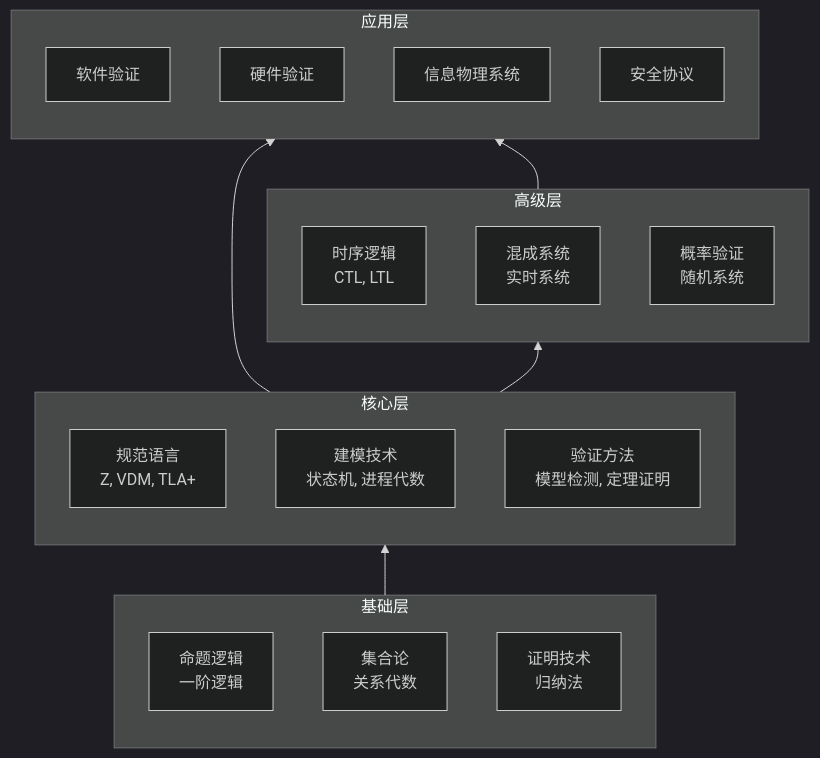
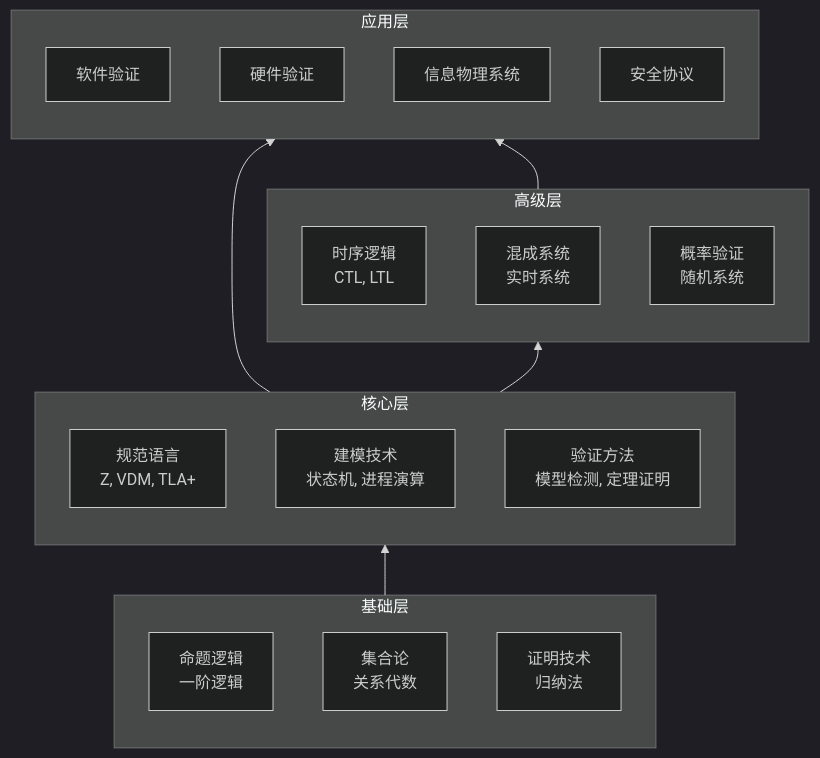
The first of 4 diagrams in formal-methods/07-future/07-formal-methods-education.md (AdaMartin18010/AnalysisDataFlow), drawn with Mermaid (dark theme) before and after one commit. The commit also changed other lines of this file and 129 other files, not shown here.

````diff
--- a/formal-methods/07-future/07-formal-methods-education.md
+++ b/formal-methods/07-future/07-formal-methods-education.md
@@ -55,41 +55,41 @@
 ```mermaid
 graph BT
     subgraph Foundation["基础层"]
         LOGIC[命题逻辑
               一阶逻辑]
         SET[集合论
             关系代数]
         PROOF[证明技术
               归纳法]
     end
 
     subgraph Core["核心层"]
         SPEC[规范语言
              Z, VDM, TLA+]
         MODEL[建模技术
-              状态机, 进程代数]
+              状态机, 进程演算]
         VERIFY[验证方法
                模型检测, 定理证明]
     end
 
     subgraph Advanced["高级层"]
         TEMP[时序逻辑
              CTL, LTL]
         HYB[混成系统
             实时系统]
         PROB[概率验证
              随机系统]
     end
 
     subgraph Application["应用层"]
         SW[软件验证]
         HW[硬件验证]
         CPS[信息物理系统]
         SEC[安全协议]
     end
 
     Foundation --> Core
     Core --> Advanced
     Core --> Application
     Advanced --> Application
 ```
````
